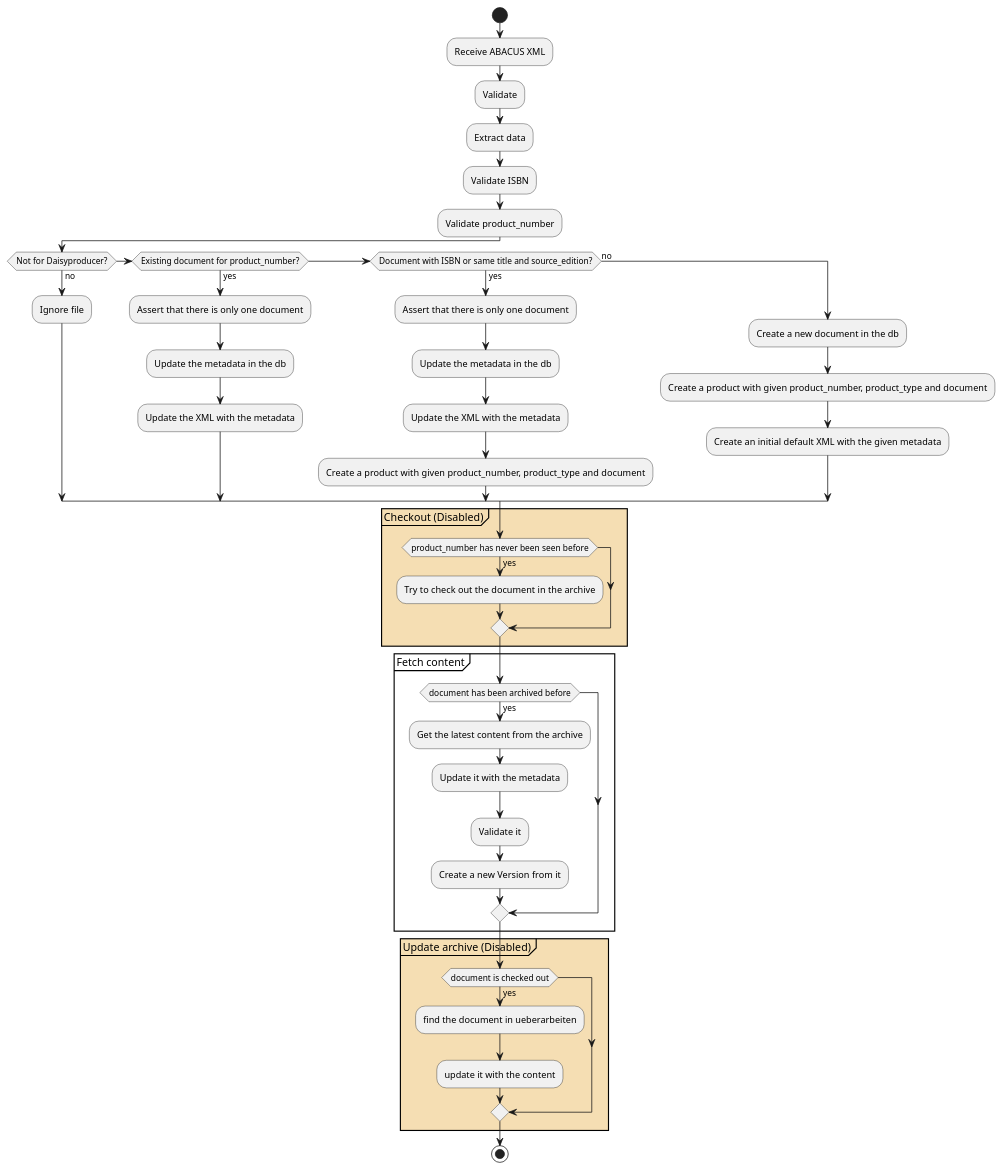
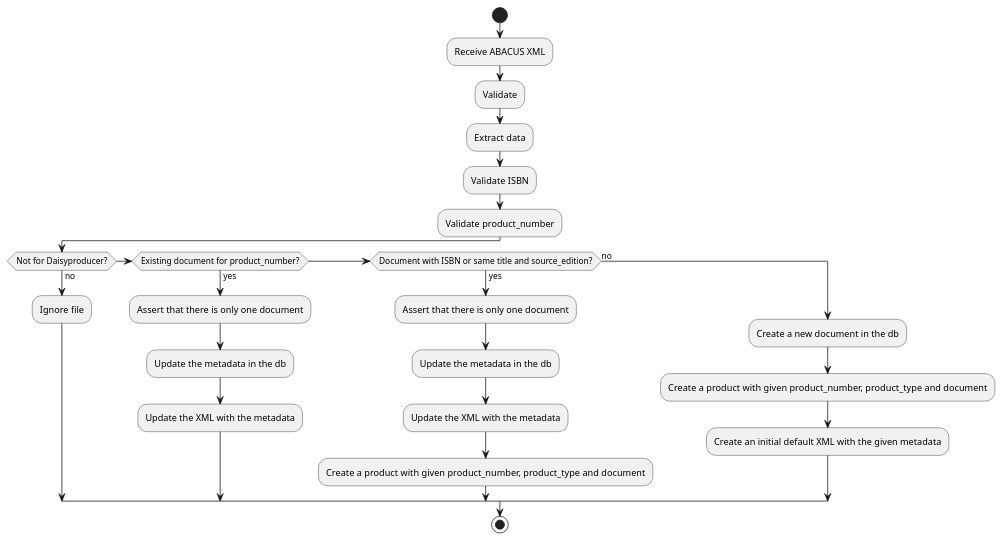
One commit to sbsdev/daisyproducer2 changed the first of 2 diagrams in doc/import_from_ABACUS.org. Above: the diagram before and after it, drawn with PlantUML. The commit also changed other lines of this file, not shown here.

Commit message:
Clarify import activity diagram
according to the discussions of the meeting today

```diff
--- a/doc/import_from_ABACUS.org
+++ b/doc/import_from_ABACUS.org
@@ -65,46 +66,27 @@
 #+begin_src plantuml :file ABACUS_import.png
 @startuml
   start
   :Receive ABACUS XML;
   :Validate;
   :Extract data;
   :Validate ISBN;
   :Validate product_number;
   if (Not for Daisyproducer?) then (no)
     :Ignore file;
   elseif (Existing document for product_number?) then (yes)
 	:Assert that there is only one document;
 	:Update the metadata in the db;
 	:Update the XML with the metadata;
   elseif (Document with ISBN or same title and source_edition?) then (yes)
       	:Assert that there is only one document;
       	:Update the metadata in the db;
       	:Update the XML with the metadata;
       	:Create a product with given product_number, product_type and document;
   else (no)
       	:Create a new document in the db;
       	:Create a product with given product_number, product_type and document;
 	:Create an initial default XML with the given metadata;
   endif
-  partition #Wheat "Checkout (Disabled)" {
-  if (product_number has never been seen before) then (yes)
-    :Try to check out the document in the archive;
-  endif
-  }
-  partition "Fetch content" {
-  if (document has been archived before) then (yes)
-    :Get the latest content from the archive;
-    :Update it with the metadata;
-    :Validate it;
-    :Create a new Version from it;
-  endif
-  }
-  partition #Wheat "Update archive (Disabled)" {
-  if (document is checked out) then (yes)
-    :find the document in ueberarbeiten;
-    :update it with the content;
-  endif
-  }
 stop
 @enduml
 #+end_src
```
